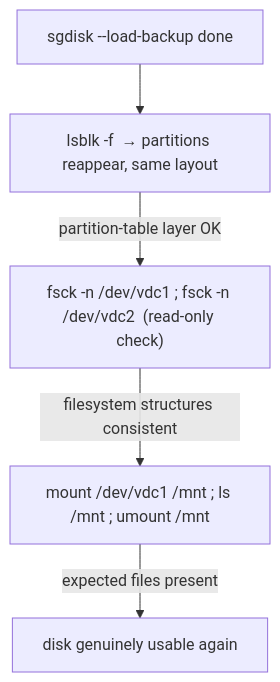
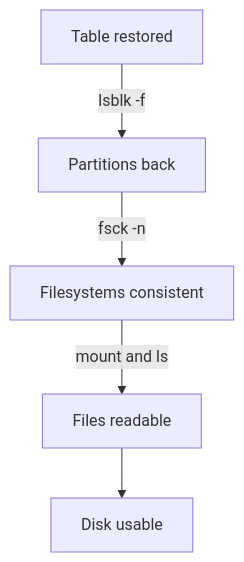
Before and after one commit to astrona-io/ATS002: the diagram in sections/section-080/module-03/course-03-simulate-restore-verify.md, drawn with Mermaid. The commit also changed other lines of this file and 615 other files, not shown here.

````diff
--- a/sections/section-080/module-03/course-03-simulate-restore-verify.md
+++ b/sections/section-080/module-03/course-03-simulate-restore-verify.md
@@ -36,7 +40,7 @@
 ```mermaid
 flowchart TD
-    R["sgdisk --load-backup done"] --> L1["lsblk -f  → partitions reappear, same layout"]
-    L1 -->|partition-table layer OK| L2["fsck -n /dev/vdc1 ; fsck -n /dev/vdc2  (read-only check)"]
-    L2 -->|filesystem structures consistent| L3["mount /dev/vdc1 /mnt ; ls /mnt ; umount /mnt"]
-    L3 -->|expected files present| OK["disk genuinely usable again"]
+    R["Table restored"] -->|"lsblk -f"| L1["Partitions back"]
+    L1 -->|"fsck -n"| L2["Filesystems consistent"]
+    L2 -->|"mount and ls"| L3["Files readable"]
+    L3 --> OK["Disk usable"]
 ```
````
